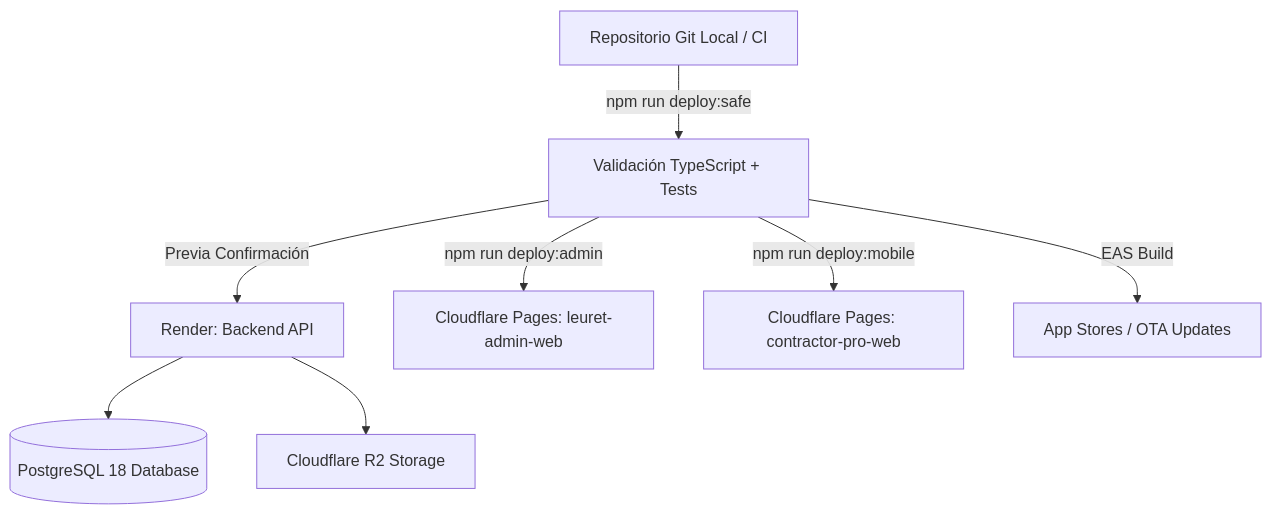
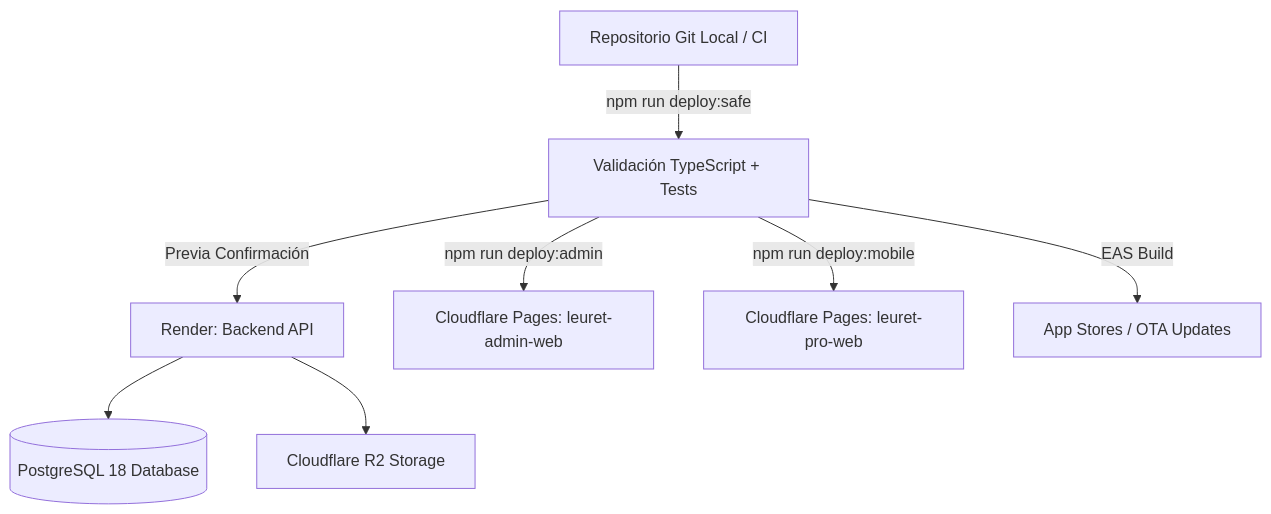
Before and after one commit to eteruel21/leuret-app: the diagram in docs/deployment.md, drawn with Mermaid. The commit also changed other lines of this file and 3 other files, not shown here.

First line of the commit message:
Deploy mobile web to the renamed leuret-pro-web Pages project

````diff
--- a/docs/deployment.md
+++ b/docs/deployment.md
@@ -9,11 +9,11 @@
 ```mermaid
 graph TD
     A[Repositorio Git Local / CI] -->|npm run deploy:safe| B[Validación TypeScript + Tests]
     B -->|Previa Confirmación| C[Render: Backend API]
     B -->|npm run deploy:admin| D[Cloudflare Pages: leuret-admin-web]
-    B -->|npm run deploy:mobile| E[Cloudflare Pages: contractor-pro-web]
+    B -->|npm run deploy:mobile| E[Cloudflare Pages: leuret-pro-web]
     B -->|EAS Build| F[App Stores / OTA Updates]
 
     C --> G[(PostgreSQL 18 Database)]
     C --> H[Cloudflare R2 Storage]
 ```
````
